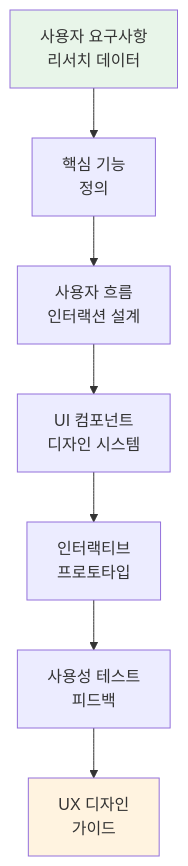
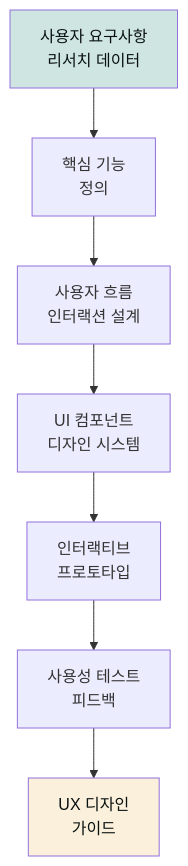
The diagram in content/plugins/moai-product.md (modu-ai/claude), drawn with Mermaid before and after one commit. The commit also changed 97 other files, not shown here.

First line of the commit message:
style(docs-site): mermaid 색상 브랜드 정합 + 라이트 테마 단일화

````diff
--- a/content/plugins/moai-product.md
+++ b/content/plugins/moai-product.md
@@ -55,12 +55,12 @@
 ```mermaid
 flowchart TD
   A[사용자 요구사항<br/>리서치 데이터] --> B[핵심 기능<br/>정의]
   B --> C[사용자 흐름<br/>인터랙션 설계]
   C --> D[UI 컴포넌트<br/>디자인 시스템]
   D --> E[인터랙티브<br/>프로토타입]
   E --> F[사용성 테스트<br/>피드백]
   F --> G[UX 디자인<br/>가이드]
 
-  style A fill:#e8f5e9
-  style G fill:#fff3e0
+  style A fill:#cfe5e2,color:#09110f
+  style G fill:#fbf0dc,color:#09110f
 ```
````
